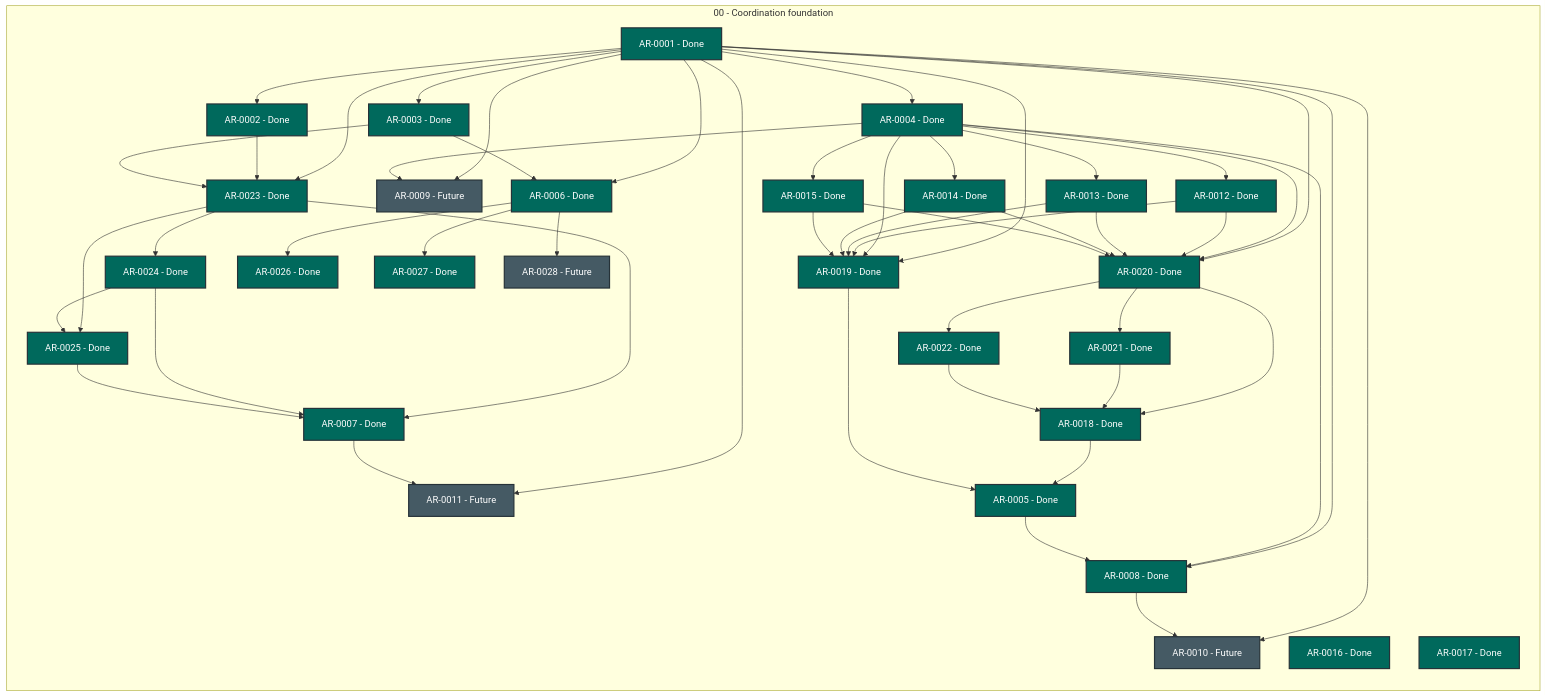
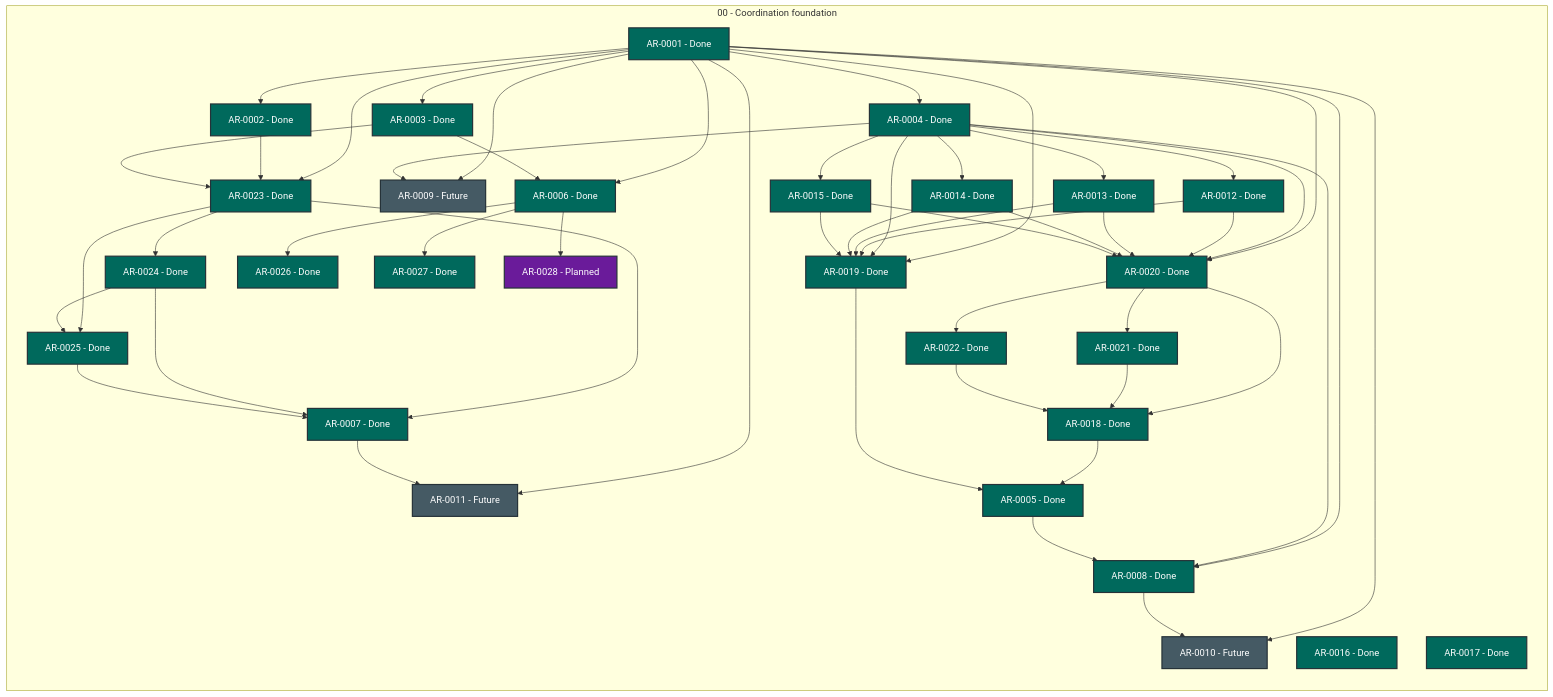
The diagram in STATUS.md (martin-beck/agent-workflow-quality-state), drawn with Mermaid before and after one commit. The commit also changed other lines of this file and 1 other file, not shown here.

```diff
--- a/STATUS.md
+++ b/STATUS.md
@@ -55,7 +55,7 @@
         AR_0025["AR-0025 - Done"]:::status_done
         AR_0026["AR-0026 - Done"]:::status_done
         AR_0027["AR-0027 - Done"]:::status_done
-        AR_0028["AR-0028 - Future"]:::status_future
+        AR_0028["AR-0028 - Planned"]:::status_planned
     end
     AR_0001 --> AR_0002
     AR_0001 --> AR_0003
```
